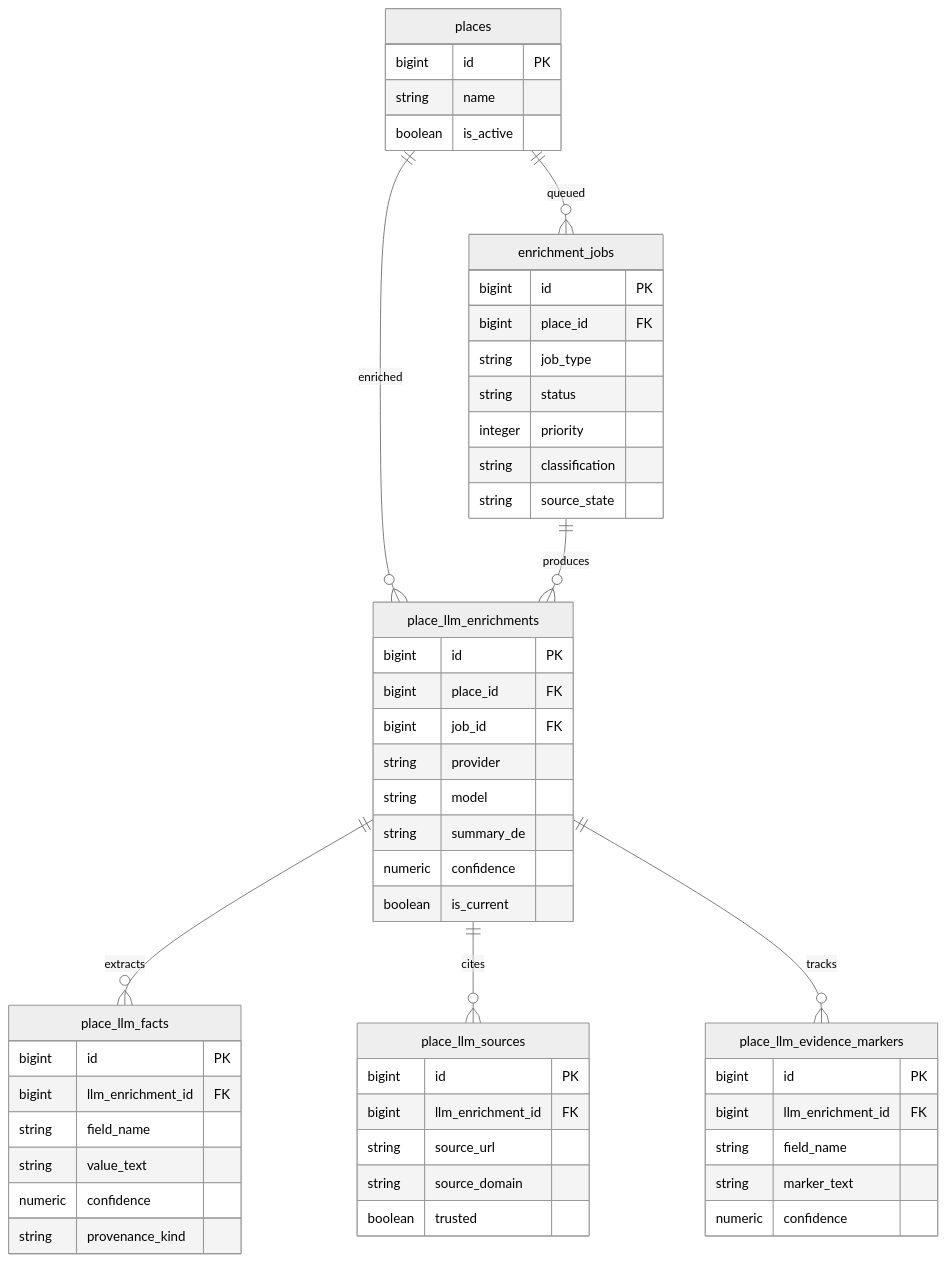
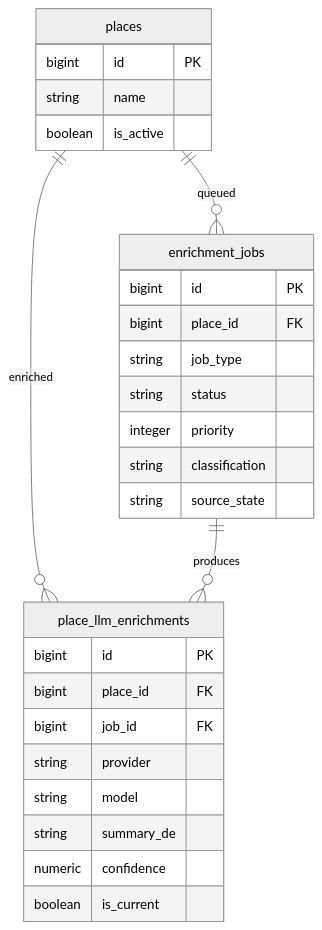
The fourth of 6 diagrams in docs/er-diagram.md (it-guy92/camperplaner-schema), drawn with Mermaid (neutral theme) before and after one commit. The commit also changed other lines of this file and 1 other file, not shown here.

First line of the commit message:
docs: update schema docs with Phase 2 property table migration

````diff
--- a/docs/er-diagram.md
+++ b/docs/er-diagram.md
@@ -943,61 +1195,33 @@
 ```mermaid
 erDiagram
     places {
         bigint id PK
         string name
         boolean is_active
     }
     
     enrichment_jobs {
         bigint id PK
         bigint place_id FK
         string job_type
         string status
         integer priority
         string classification
         string source_state
     }
     
     place_llm_enrichments {
         bigint id PK
         bigint place_id FK
         bigint job_id FK
         string provider
         string model
         string summary_de
         numeric confidence
         boolean is_current
     }
     
-    place_llm_facts {
-        bigint id PK
-        bigint llm_enrichment_id FK
-        string field_name
-        string value_text
-        numeric confidence
-        string provenance_kind
-    }
-    
-    place_llm_sources {
-        bigint id PK
-        bigint llm_enrichment_id FK
-        string source_url
-        string source_domain
-        boolean trusted
-    }
-    
-    place_llm_evidence_markers {
-        bigint id PK
-        bigint llm_enrichment_id FK
-        string field_name
-        string marker_text
-        numeric confidence
-    }
-    
     places ||--o{ enrichment_jobs : "queued"
     places ||--o{ place_llm_enrichments : "enriched"
     enrichment_jobs ||--o{ place_llm_enrichments : "produces"
-    place_llm_enrichments ||--o{ place_llm_facts : "extracts"
-    place_llm_enrichments ||--o{ place_llm_sources : "cites"
-    place_llm_enrichments ||--o{ place_llm_evidence_markers : "tracks"
 ```
````
